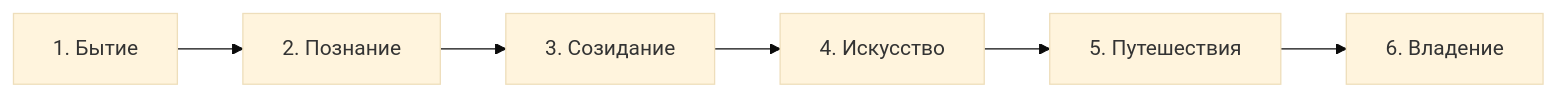
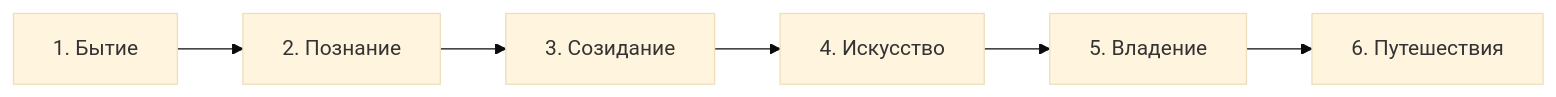
The third of 5 diagrams in Манифест Воли.md (sigom-unicorn/Volya), drawn with Mermaid (base theme) before and after one commit. The commit also changed other lines of this file and 3 other files, not shown here.

Commit message:
docs(manifest): гармонизация ступеней — Владение (5) и Путешествия (6)

````diff
--- a/Манифест Воли.md
+++ b/Манифест Воли.md
@@ -149,4 +149,4 @@
 ```mermaid
 flowchart LR
-    S1["1. Бытие"] --> S2["2. Познание"] --> S3["3. Созидание"] --> S4["4. Искусство"] --> S5["5. Путешествия"] --> S6["6. Владение"]
+    S1["1. Бытие"] --> S2["2. Познание"] --> S3["3. Созидание"] --> S4["4. Искусство"] --> S5["5. Владение"] --> S6["6. Путешествия"]
 ```
````
